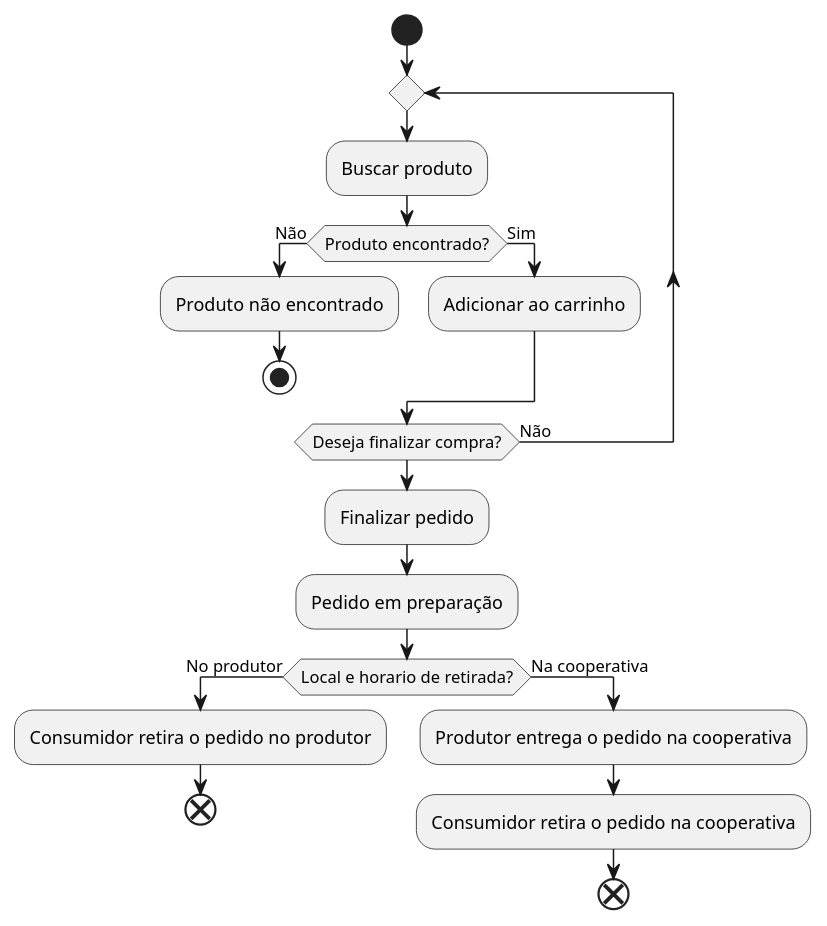
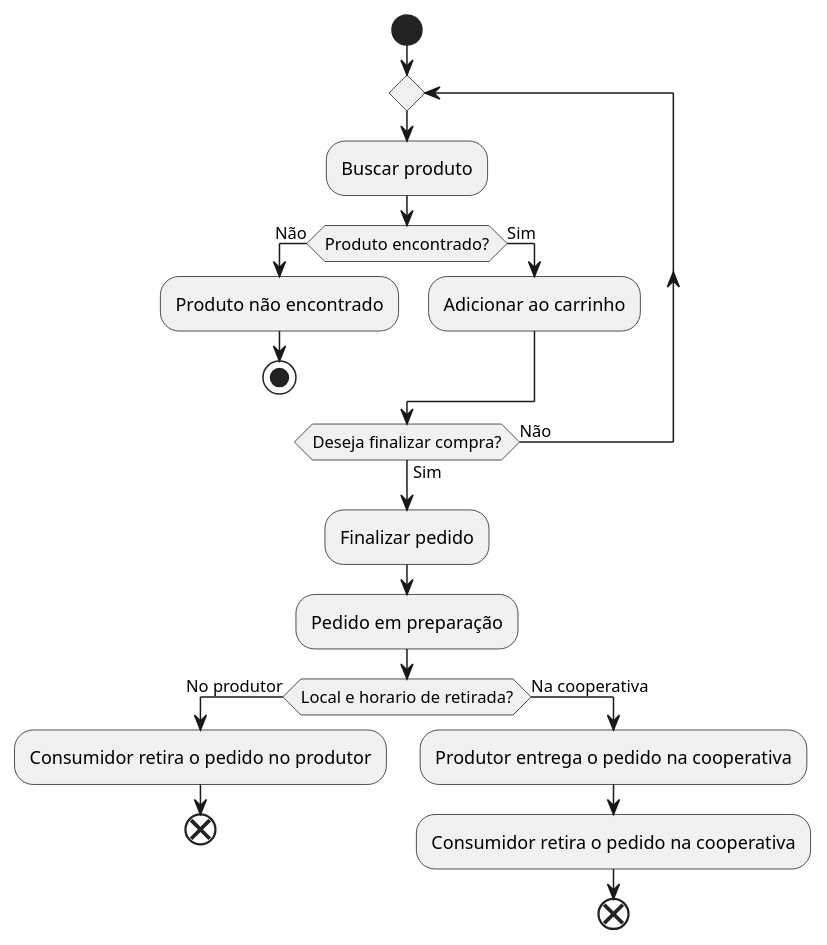
One commit to bruflor/comercio-vizinho changed the diagram in docs/diagrams/activity/ProductOrder.puml. Above: the diagram before and after it, drawn with PlantUML. The commit also changed 1 other file, not shown here.

```diff
--- a/docs/diagrams/activity/ProductOrder.puml
+++ b/docs/diagrams/activity/ProductOrder.puml
@@ -1,22 +1,22 @@
 @startuml
 start
 repeat
     :Buscar produto;
     if (Produto encontrado?) then (Não)
         :Produto não encontrado;
         stop
     else (Sim)
         :Adicionar ao carrinho;
     endif
-repeat while (Deseja finalizar compra?) is (Não)
+repeat while (Deseja finalizar compra?) is (Não) not (Sim)
     :Finalizar pedido;
     :Pedido em preparação;
     if (Local e horario de retirada?) then (No produtor)
       :Consumidor retira o pedido no produtor;
       end
     else (Na cooperativa)
       :Produtor entrega o pedido na cooperativa;
       :Consumidor retira o pedido na cooperativa;
       end
     endif
 @enduml
```
